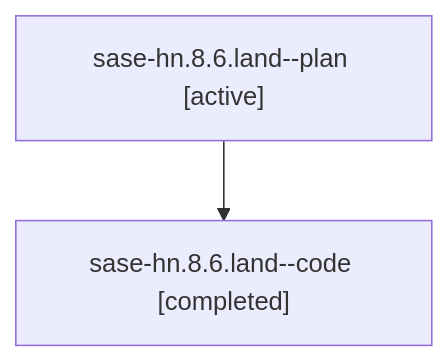
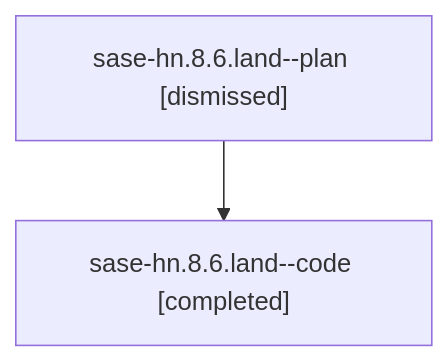
Before and after one commit to sase-org/sase--agents: the diagram in sessions/bbugyi200.athena.sase-hn.8.6.land.md, drawn with Mermaid. The commit also changed other lines of this file and 100 other files, not shown here.

````diff
--- a/sessions/bbugyi200.athena.sase-hn.8.6.land.md
+++ b/sessions/bbugyi200.athena.sase-hn.8.6.land.md
@@ -9,6 +9,6 @@
 ```mermaid
 flowchart TD
-  n0["sase-hn.8.6.land--plan [active]"]
+  n0["sase-hn.8.6.land--plan [dismissed]"]
   n1["sase-hn.8.6.land--code [completed]"]
   n0 --> n1
 ```
````
